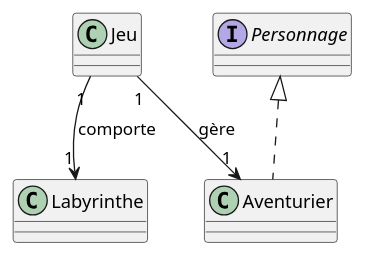
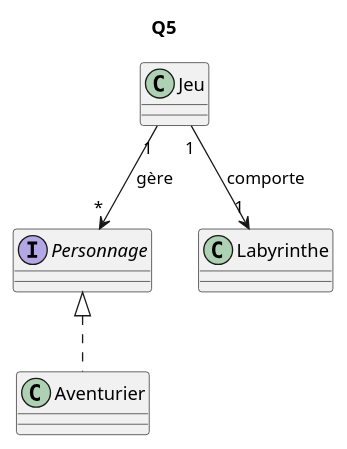
One commit to lucas-martinati-pro/SAE_S2.01_Zeldiablo-LucasM_JeanLM_PierreGSV changed the diagram in projet_zeldiablo/documents/version_1/Q5.puml. Above: the diagram before and after it, drawn with PlantUML.

Commit message:
edit: Modification du diagramme de classe Q5

```diff
--- a/projet_zeldiablo/documents/version_1/Q5.puml
+++ b/projet_zeldiablo/documents/version_1/Q5.puml
@@ -1,12 +1,14 @@
 @startuml
+title Q5
+
 '''classes
 class Jeu
 interface Personnage
 class Aventurier
 class Labyrinthe
 
 '''relations
 Jeu "1" --> "1" Labyrinthe : comporte
-Jeu "1" --> "1" Aventurier : gère
+Jeu "1" --> "*" Personnage : gère
 Personnage <|.. Aventurier
 @enduml
```
